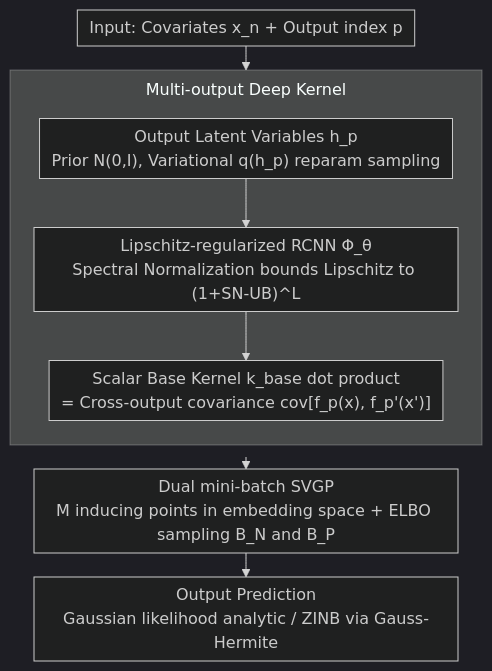
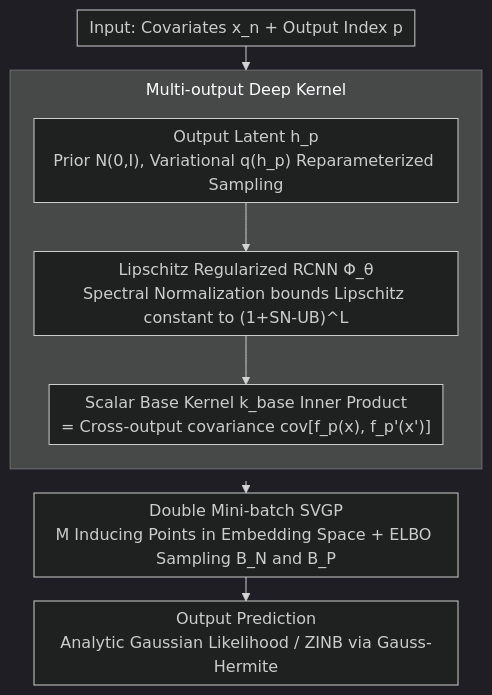
Before and after one commit to zhaoyang97/Paper-Notes-en: the diagram in docs/ICML2026/computational_biology/transformed_latent_variable_multi-output_gaussian_processes.md, drawn with Mermaid (dark theme). The commit also changed other lines of this file and 5084 other files, not shown here.

````diff
--- a/docs/ICML2026/computational_biology/transformed_latent_variable_multi-output_gaussian_processes.md
+++ b/docs/ICML2026/computational_biology/transformed_latent_variable_multi-output_gaussian_processes.md
@@ -42,15 +42,15 @@
 ```mermaid
 %%{init: {'flowchart': {'rankSpacing': 24, 'nodeSpacing': 28, 'padding': 6, 'wrappingWidth': 400, 'subGraphTitleMargin': {'top': 8, 'bottom': 16}}}}%%
 flowchart TD
-    X["Input: Covariates x_n + Output index p"]
+    X["Input: Covariates x_n + Output Index p"]
     subgraph DK["Multi-output Deep Kernel"]
         direction TB
-        A["Output Latent Variables h_p<br/>Prior N(0,I), Variational q(h_p) reparam sampling"]
-        B["Lipschitz-regularized RCNN Φ_θ<br/>Spectral Normalization bounds Lipschitz to (1+SN-UB)^L"]
-        C["Scalar Base Kernel k_base dot product<br/>= Cross-output covariance cov[f_p(x), f_p'(x')]"]
+        A["Output Latent h_p<br/>Prior N(0,I), Variational q(h_p) Reparameterized Sampling"]
+        B["Lipschitz Regularized RCNN Φ_θ<br/>Spectral Normalization bounds Lipschitz constant to (1+SN-UB)^L"]
+        C["Scalar Base Kernel k_base Inner Product<br/>= Cross-output covariance cov[f_p(x), f_p'(x')]"]
         A --> B --> C
     end
     X --> A
-    DK --> D["Dual mini-batch SVGP<br/>M inducing points in embedding space + ELBO sampling B_N and B_P"]
-    D --> E["Output Prediction<br/>Gaussian likelihood analytic / ZINB via Gauss-Hermite"]
+    DK --> D["Double Mini-batch SVGP<br/>M Inducing Points in Embedding Space + ELBO Sampling B_N and B_P"]
+    D --> E["Output Prediction<br/>Analytic Gaussian Likelihood / ZINB via Gauss-Hermite"]
 ```
````
